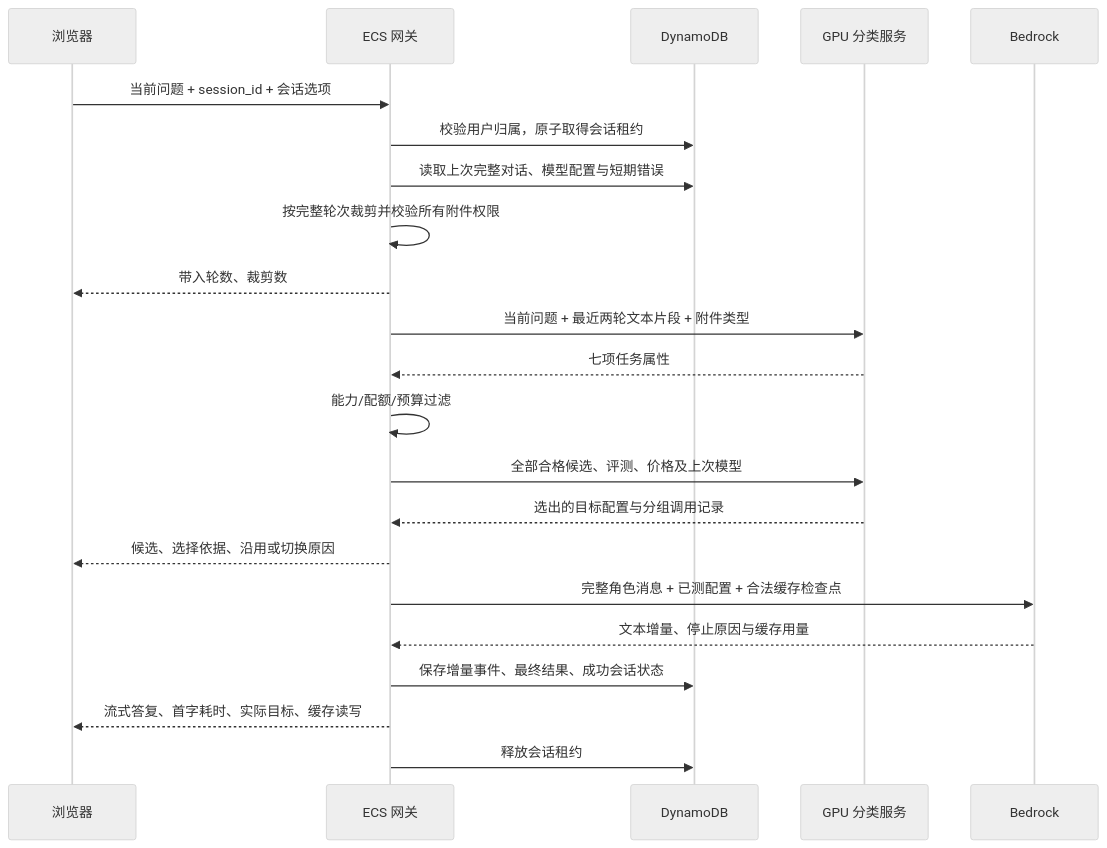
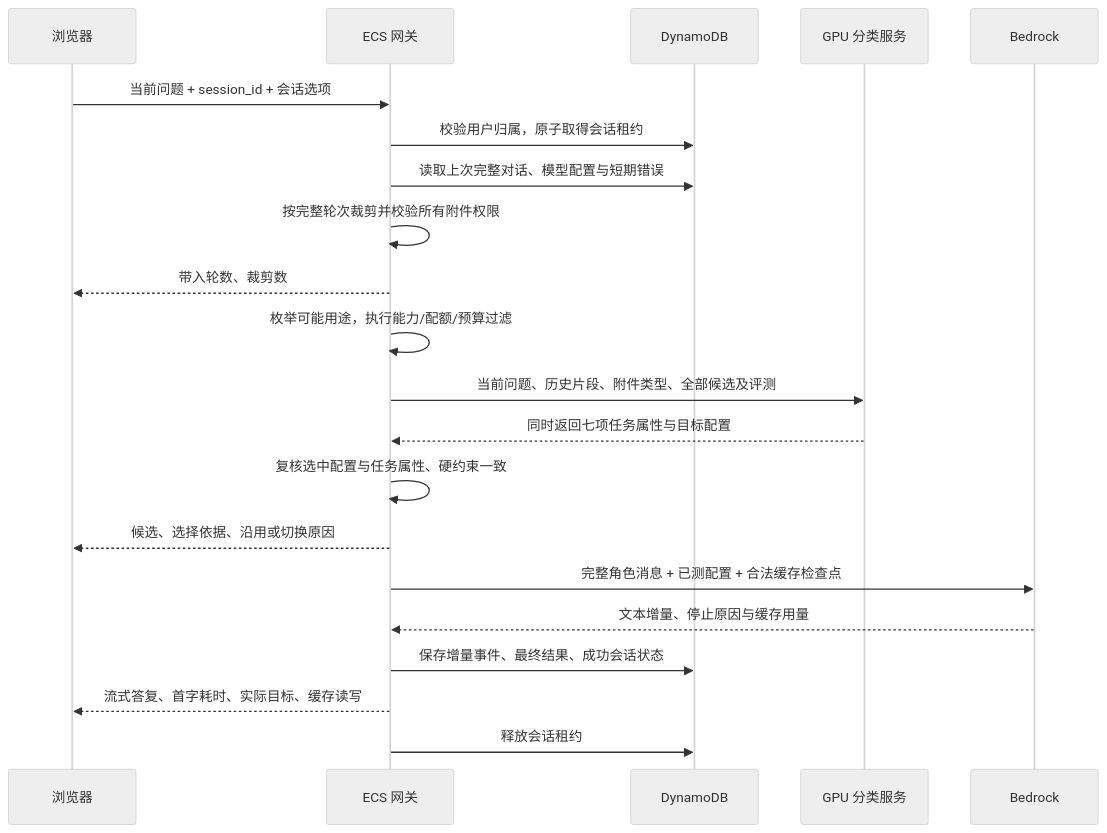
The diagram in docs/SESSION_ROUTING.zh.md (milan9527/DeciderModelRouter), drawn with Mermaid (neutral theme) before and after one commit. The commit also changed other lines of this file and 38 other files, not shown here.

````diff
--- a/docs/SESSION_ROUTING.zh.md
+++ b/docs/SESSION_ROUTING.zh.md
@@ -40,24 +40,23 @@
 ```mermaid
 sequenceDiagram
     participant UI as 浏览器
     participant API as ECS 网关
     participant DB as DynamoDB
     participant GPU as GPU 分类服务
     participant BR as Bedrock
     UI->>API: 当前问题 + session_id + 会话选项
     API->>DB: 校验用户归属，原子取得会话租约
     API->>DB: 读取上次完整对话、模型配置与短期错误
     API->>API: 按完整轮次裁剪并校验所有附件权限
     API-->>UI: 带入轮数、裁剪数
-    API->>GPU: 当前问题 + 最近两轮文本片段 + 附件类型
-    GPU-->>API: 七项任务属性
-    API->>API: 能力/配额/预算过滤
-    API->>GPU: 全部合格候选、评测、价格及上次模型
-    GPU-->>API: 选出的目标配置与分组调用记录
+    API->>API: 枚举可能用途，执行能力/配额/预算过滤
+    API->>GPU: 当前问题、历史片段、附件类型、全部候选及评测
+    GPU-->>API: 同时返回七项任务属性与目标配置
+    API->>API: 复核选中配置与任务属性、硬约束一致
     API-->>UI: 候选、选择依据、沿用或切换原因
     API->>BR: 完整角色消息 + 已测配置 + 合法缓存检查点
     BR-->>API: 文本增量、停止原因与缓存用量
     API->>DB: 保存增量事件、最终结果、成功会话状态
     API-->>UI: 流式答复、首字耗时、实际目标、缓存读写
     API->>DB: 释放会话租约
 ```
````
